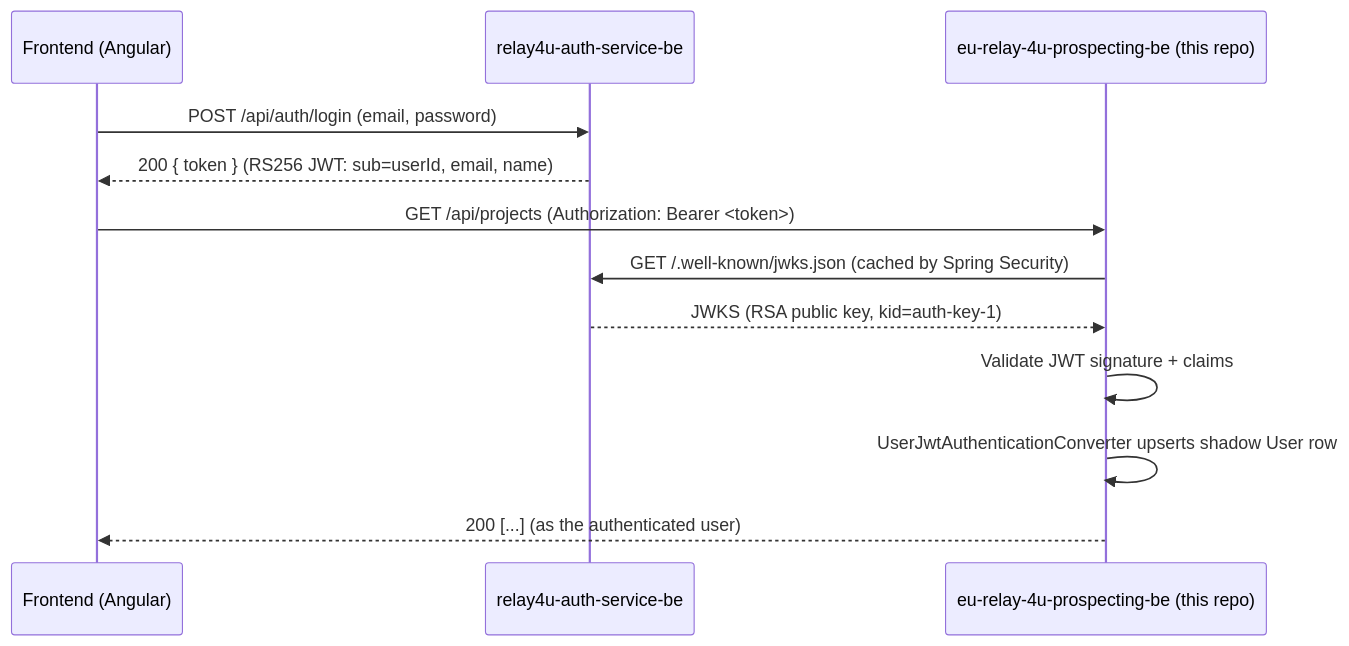
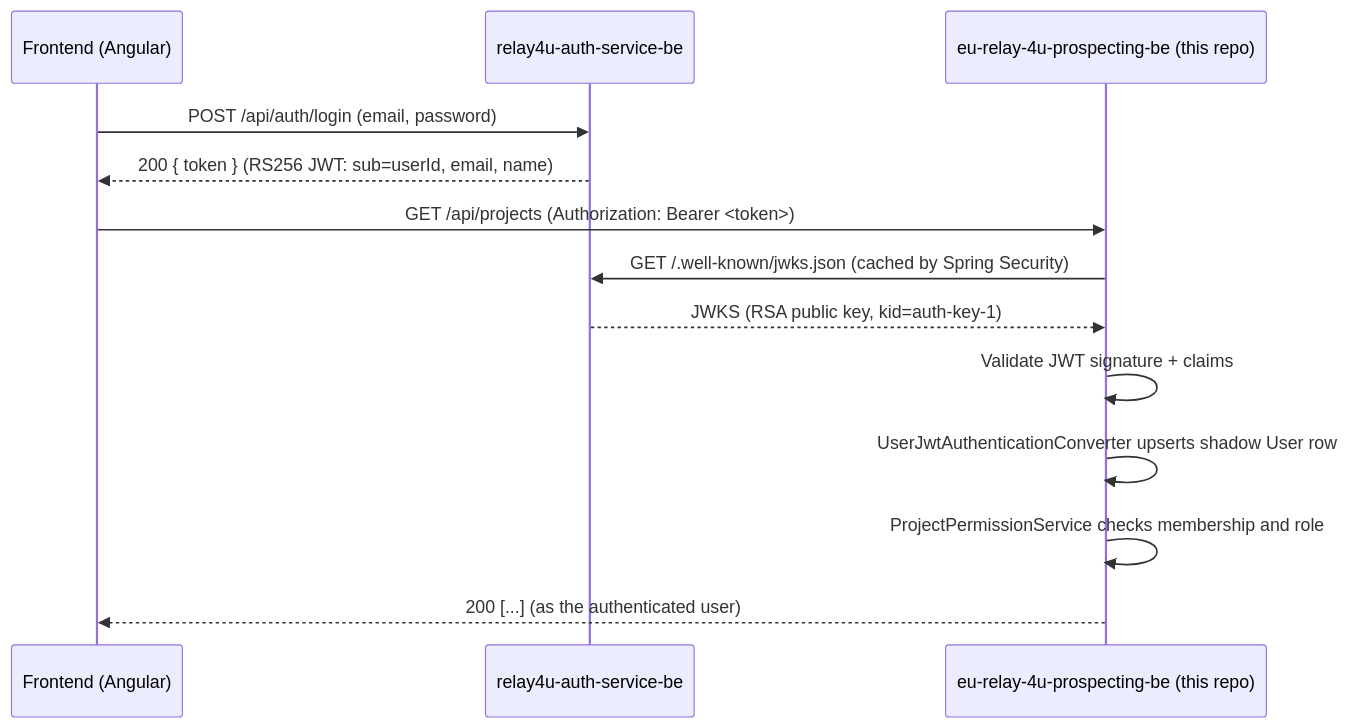
One commit to prospect-tool-relay4u-eu/prospect-tool-be changed the diagram in documentation/architecture.md. Above: the diagram before and after it, drawn with Mermaid. The commit also changed 19 other files, not shown here.

Commit message:
Implement project role-based permissions

````diff
--- a/documentation/architecture.md
+++ b/documentation/architecture.md
@@ -9,15 +9,16 @@
 ```mermaid
 sequenceDiagram
     participant FE as Frontend (Angular)
     participant Auth as relay4u-auth-service-be
     participant BE as eu-relay-4u-prospecting-be (this repo)
 
     FE->>Auth: POST /api/auth/login (email, password)
     Auth-->>FE: 200 { token } (RS256 JWT: sub=userId, email, name)
     FE->>BE: GET /api/projects (Authorization: Bearer <token>)
     BE->>Auth: GET /.well-known/jwks.json (cached by Spring Security)
     Auth-->>BE: JWKS (RSA public key, kid=auth-key-1)
     BE->>BE: Validate JWT signature + claims
     BE->>BE: UserJwtAuthenticationConverter upserts shadow User row
+    BE->>BE: ProjectPermissionService checks membership and role
     BE-->>FE: 200 [...] (as the authenticated user)
 ```
````
